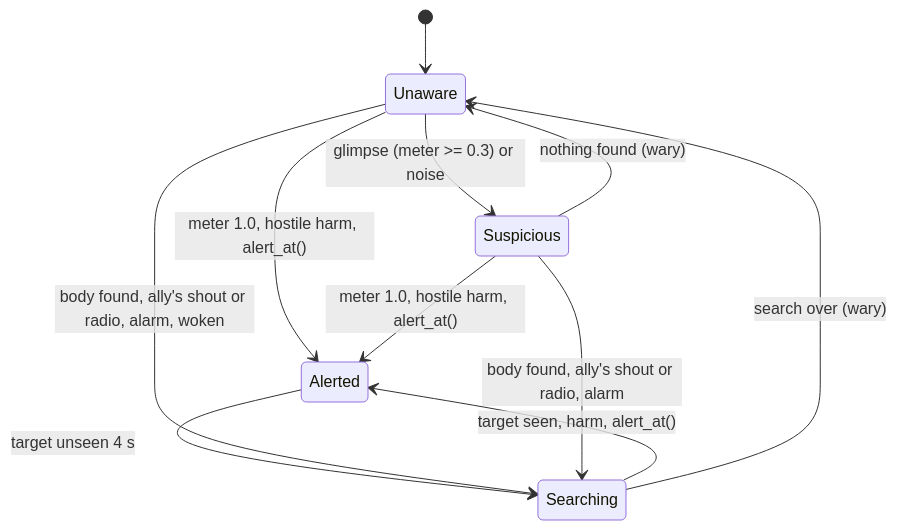
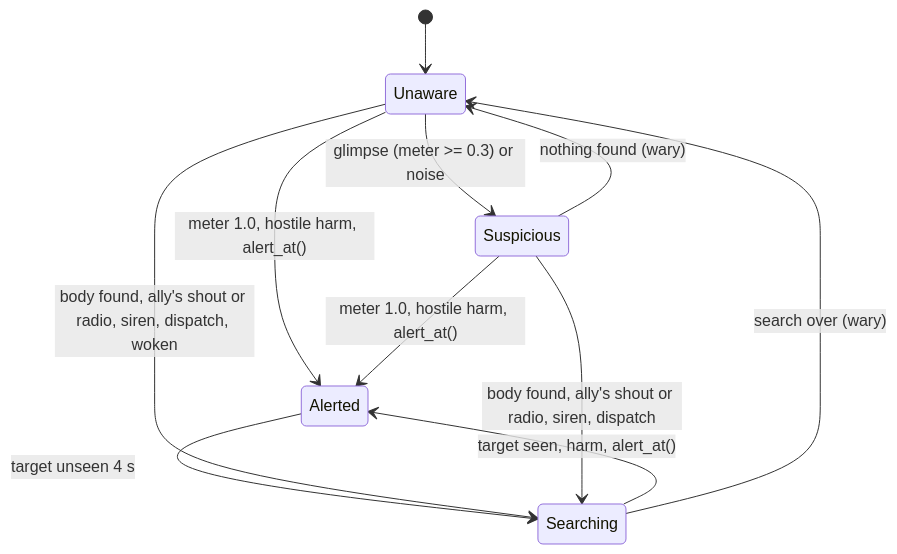
One commit to matts2cant/im-sim-proto changed the diagram in design/game/perception-and-ai.md. Above: the diagram before and after it, drawn with Mermaid. The commit also changed other lines of this file and 99 other files, not shown here.

````diff
--- a/design/game/perception-and-ai.md
+++ b/design/game/perception-and-ai.md
@@ -19,13 +19,13 @@
 ```mermaid
 stateDiagram-v2
     [*] --> Unaware
     Unaware --> Suspicious : glimpse (meter >= 0.3) or noise
     Unaware --> Alerted : meter 1.0, hostile harm, alert_at()
     Suspicious --> Alerted : meter 1.0, hostile harm, alert_at()
     Suspicious --> Unaware : nothing found (wary)
     Alerted --> Searching : target unseen 4 s
     Searching --> Alerted : target seen, harm, alert_at()
     Searching --> Unaware : search over (wary)
-    Unaware --> Searching : body found, ally's shout or radio, alarm, woken
-    Suspicious --> Searching : body found, ally's shout or radio, alarm
+    Unaware --> Searching : body found, ally's shout or radio, siren, dispatch, woken
+    Suspicious --> Searching : body found, ally's shout or radio, siren, dispatch
 ```
````
